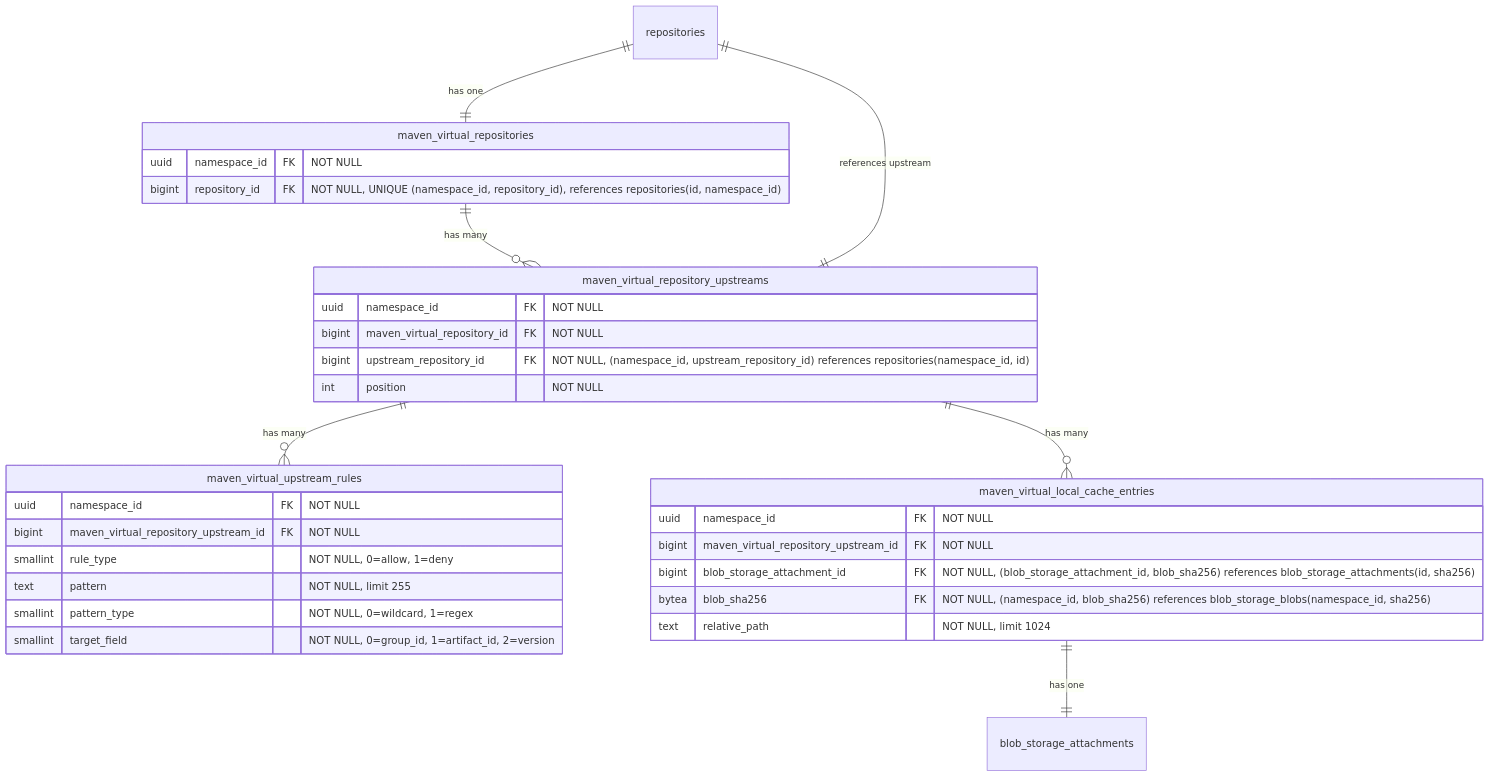
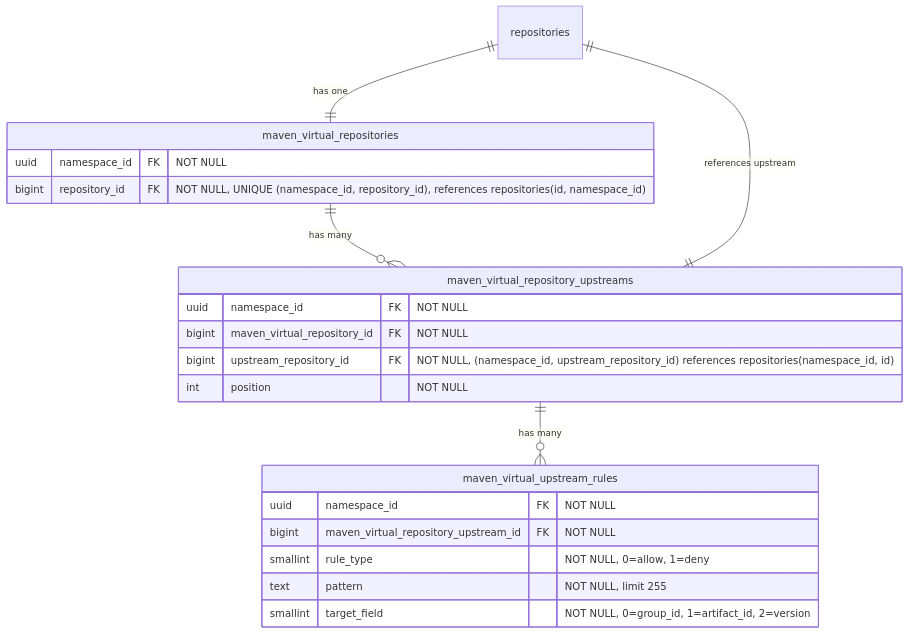
Before and after one commit to kyama0/gitlab-handbook-ja: diagram 12 of 19 in content/handbook/engineering/architecture/design-documents/artifact_registry/decisions/007_database_schema.md, drawn with Mermaid. The commit also changed other lines of this file and 1 other file, not shown here.

First line of the commit message:
translation: batch 2026-05-18-1 part 2 (ADR-007 database schema)

````diff
--- a/content/handbook/engineering/architecture/design-documents/artifact_registry/decisions/007_database_schema.md
+++ b/content/handbook/engineering/architecture/design-documents/artifact_registry/decisions/007_database_schema.md
@@ -789,38 +901,27 @@
 ```mermaid
 erDiagram
     repositories ||--|| maven_virtual_repositories : "has one"
     maven_virtual_repositories ||--o{ maven_virtual_repository_upstreams : "has many"
     maven_virtual_repository_upstreams ||--|| repositories : "references upstream"
     maven_virtual_repository_upstreams ||--o{ maven_virtual_upstream_rules : "has many"
-    maven_virtual_repository_upstreams ||--o{ maven_virtual_local_cache_entries : "has many"
-    maven_virtual_local_cache_entries ||--|| blob_storage_attachments : "has one"
 
     maven_virtual_repositories {
         uuid namespace_id FK "NOT NULL"
         bigint repository_id FK "NOT NULL, UNIQUE (namespace_id, repository_id), references repositories(id, namespace_id)"
     }
 
     maven_virtual_repository_upstreams {
         uuid namespace_id FK "NOT NULL"
         bigint maven_virtual_repository_id FK "NOT NULL"
         bigint upstream_repository_id FK "NOT NULL, (namespace_id, upstream_repository_id) references repositories(namespace_id, id)"
         int position "NOT NULL"
     }
 
     maven_virtual_upstream_rules {
         uuid namespace_id FK "NOT NULL"
         bigint maven_virtual_repository_upstream_id FK "NOT NULL"
         smallint rule_type "NOT NULL, 0=allow, 1=deny"
         text pattern "NOT NULL, limit 255"
-        smallint pattern_type "NOT NULL, 0=wildcard, 1=regex"
         smallint target_field "NOT NULL, 0=group_id, 1=artifact_id, 2=version"
     }
-
-    maven_virtual_local_cache_entries {
-        uuid namespace_id FK "NOT NULL"
-        bigint maven_virtual_repository_upstream_id FK "NOT NULL"
-        bigint blob_storage_attachment_id FK "NOT NULL, (blob_storage_attachment_id, blob_sha256) references blob_storage_attachments(id, sha256)"
-        bytea blob_sha256 FK "NOT NULL, (namespace_id, blob_sha256) references blob_storage_blobs(namespace_id, sha256)"
-        text relative_path "NOT NULL, limit 1024"
-    }
 ```
````
